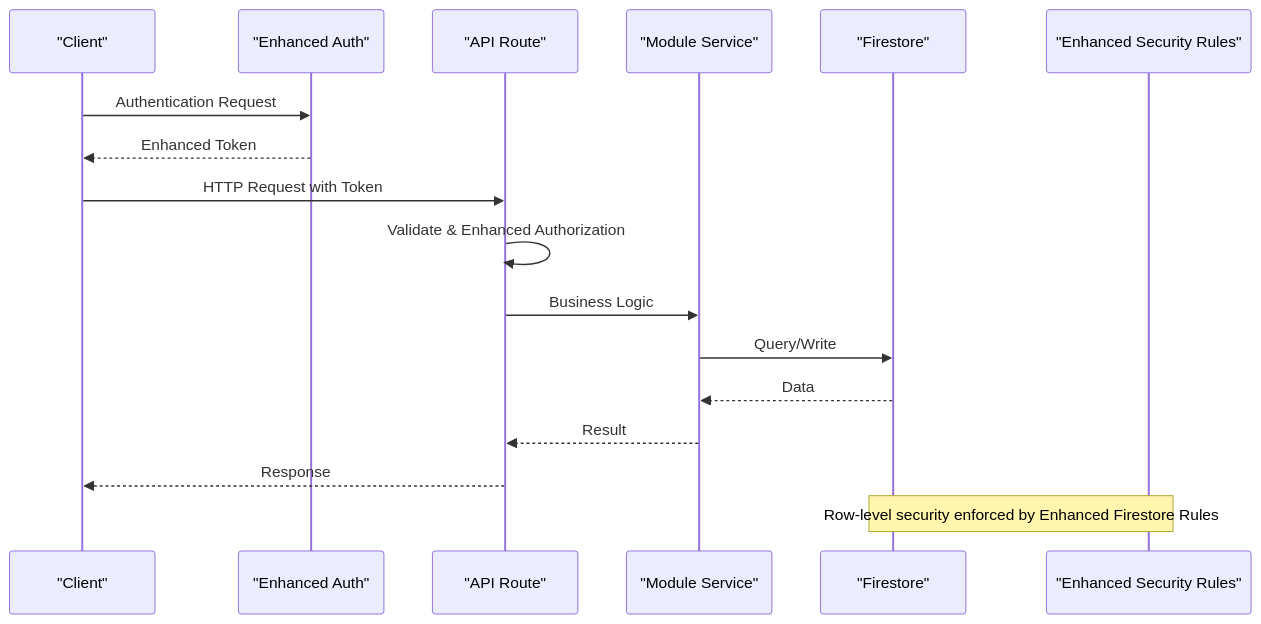
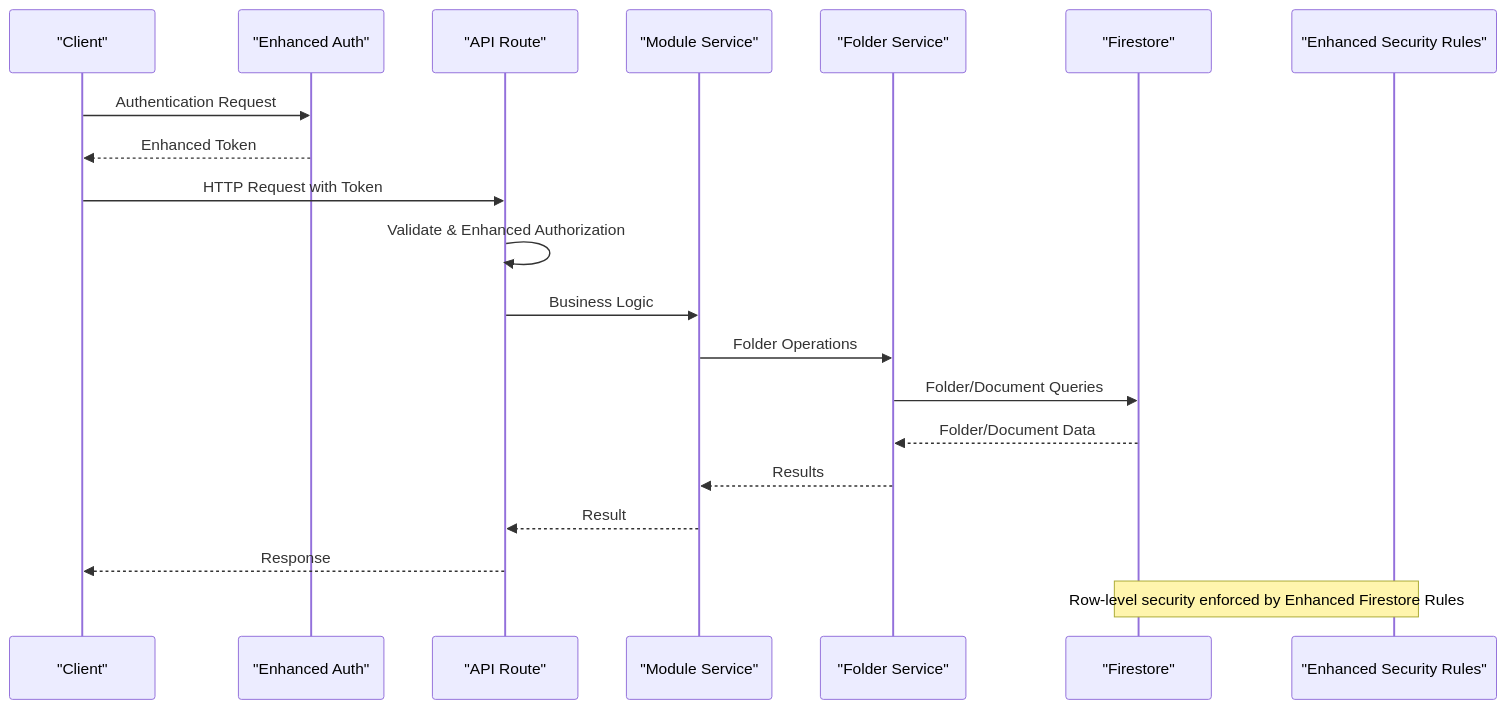
One commit to ngothanhtung/claude-code-shadcn-dashboard changed the second of 11 diagrams in .qoder/repowiki/en/content/Database Schema.md. Above: the diagram before and after it, drawn with Mermaid. The commit also changed other lines of this file and 112 other files, not shown here.

````diff
--- a/.qoder/repowiki/en/content/Database Schema.md
+++ b/.qoder/repowiki/en/content/Database Schema.md
@@ -104,19 +114,22 @@
 ```mermaid
 sequenceDiagram
 participant Client as "Client"
 participant Auth as "Enhanced Auth"
 participant API as "API Route"
 participant Service as "Module Service"
+participant FolderService as "Folder Service"
 participant DB as "Firestore"
 participant Rules as "Enhanced Security Rules"
 Client->>Auth : Authentication Request
 Auth-->>Client : Enhanced Token
 Client->>API : HTTP Request with Token
 API->>API : Validate & Enhanced Authorization
 API->>Service : Business Logic
-Service->>DB : Query/Write
-DB-->>Service : Data
+Service->>FolderService : Folder Operations
+FolderService->>DB : Folder/Document Queries
+DB-->>FolderService : Folder/Document Data
+FolderService-->>Service : Results
 Service-->>API : Result
 API-->>Client : Response
 Note over DB,Rules : Row-level security enforced by Enhanced Firestore Rules
 ```
````
